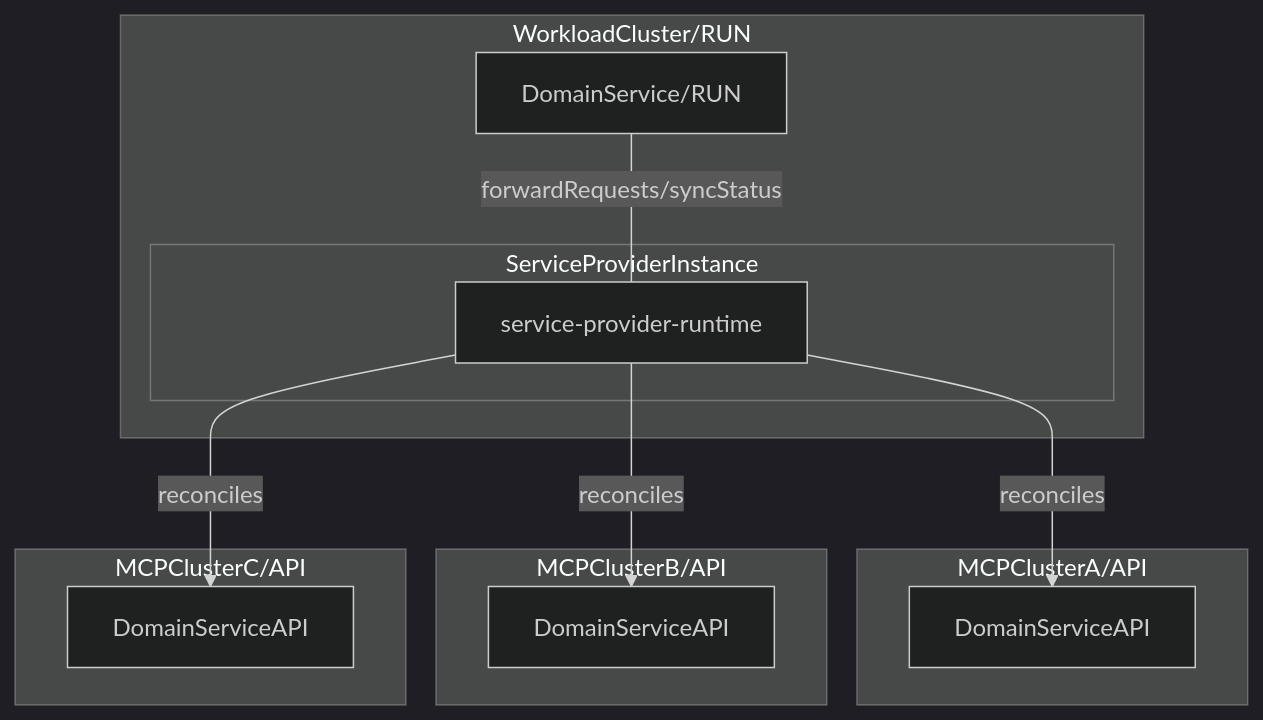
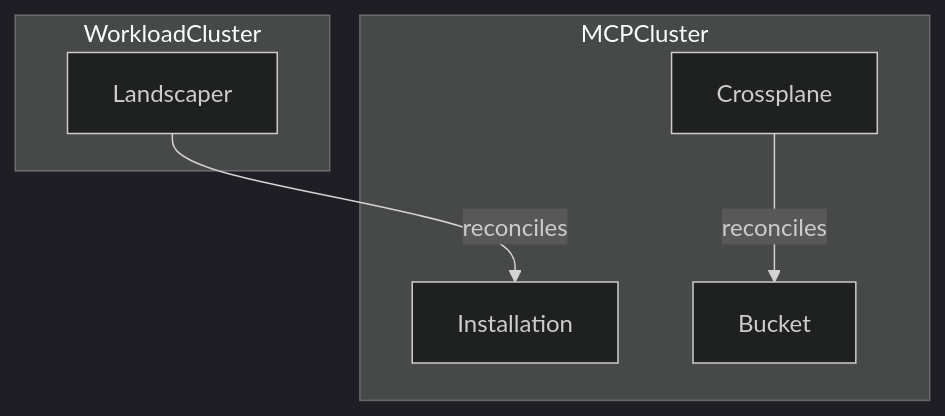
Before and after one commit to openmcp-project/docs: the fifth of 6 diagrams in docs/about/design/service-provider-design.md, drawn with Mermaid (dark theme). The commit also changed other lines of this file, not shown here.

````diff
--- a/docs/about/design/service-provider-design.md
+++ b/docs/about/design/service-provider-design.md
@@ -139,31 +116,18 @@
 ```mermaid
 graph TD
-    %% WorkloadCluster
-    subgraph WorkloadCluster/RUN
-        DS[DomainService/RUN]
-        subgraph ServiceProviderInstance
-            SPR[service-provider-runtime]
-        end
+    %% Workload Cluster
+    subgraph WorkloadCluster
+        Landscaper
     end
 
-    %% MCPClusterA
-    subgraph MCPClusterA/API
-        DSAA[DomainServiceAPI]
-    end
-
-    %% MCPClusterB
-    subgraph MCPClusterB/API
-        DSAB[DomainServiceAPI]
-    end
-
-    %% MCPClusterC
-    subgraph MCPClusterC/API
-        DSAC[DomainServiceAPI]
+    %% MCP Cluster
+    subgraph MCPCluster
+        Crossplane
+        Installation
+        Bucket
     end
 
     %% edges
-    DS ---|forwardRequests/syncStatus| SPR
-    SPR -->|reconciles|DSAA
-    SPR -->|reconciles|DSAB
-    SPR -->|reconciles|DSAC
+    Landscaper -->|reconciles|Installation
+    Crossplane -->|reconciles|Bucket
 ```
````
